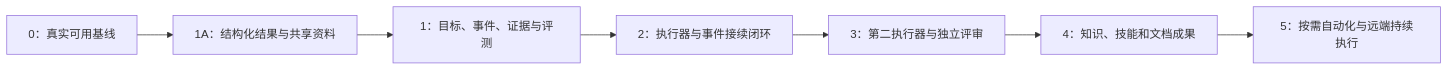
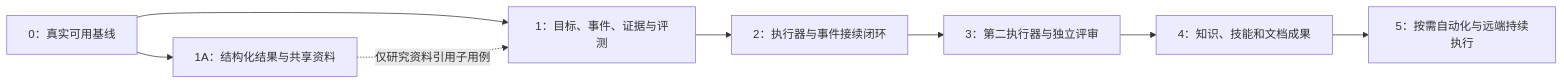
The diagram in docs/phase2-候选任务.md (aa15119557034/agent-review-room), drawn with Mermaid before and after one commit. The commit also changed other lines of this file and 4 other files, not shown here.

````diff
--- a/docs/phase2-候选任务.md
+++ b/docs/phase2-候选任务.md
@@ -28,9 +28,10 @@
 ```mermaid
 flowchart LR
  A[0：真实可用基线] --> G[1A：结构化结果与共享资料]
- G --> B[1：目标、事件、证据与评测]
+ A --> B[1：目标、事件、证据与评测]
+ G -. 仅研究资料引用子用例 .-> B
  B --> C[2：执行器与事件接续闭环]
  C --> D[3：第二执行器与独立评审]
  D --> E[4：知识、技能和文档成果]
  E --> F[5：按需自动化与远端持续执行]
 ```
````
